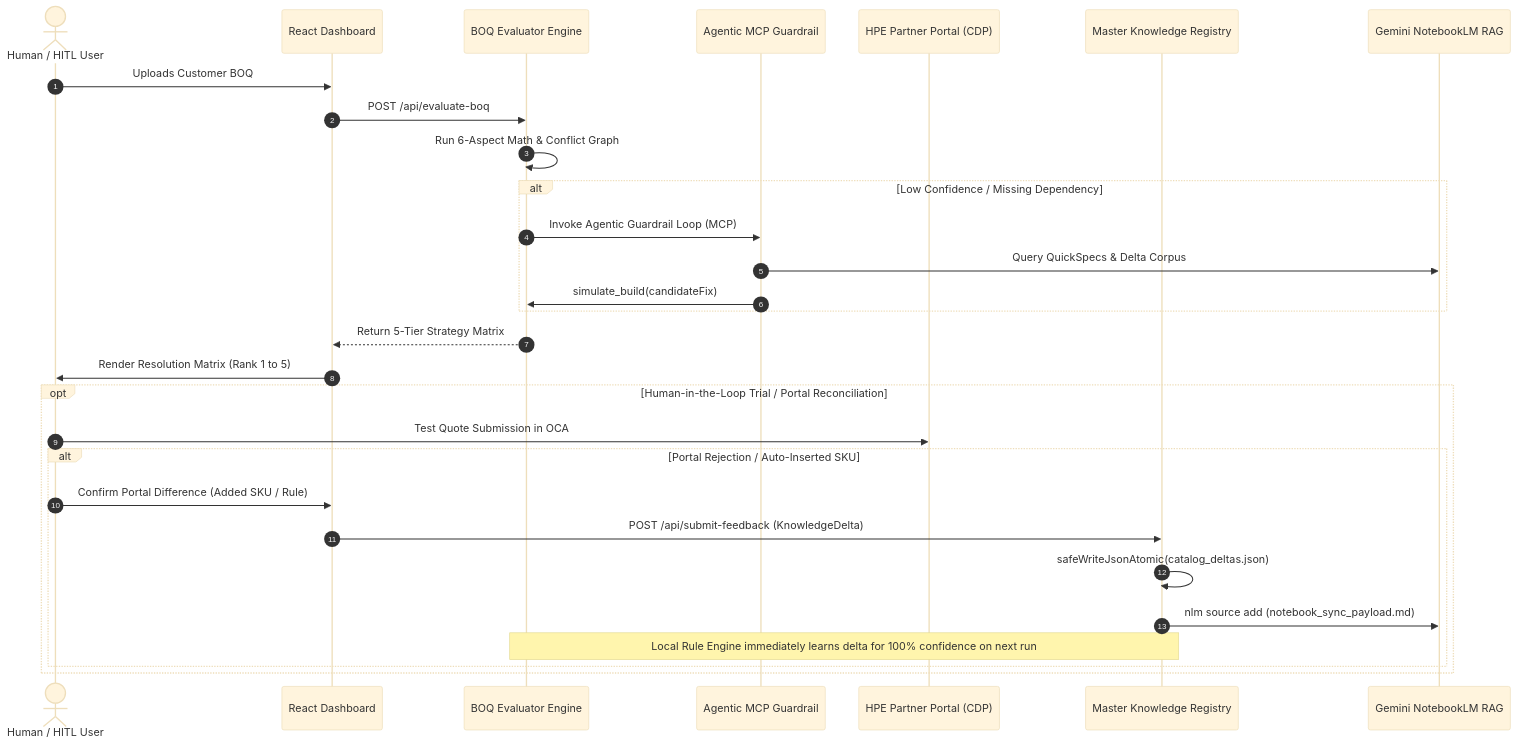
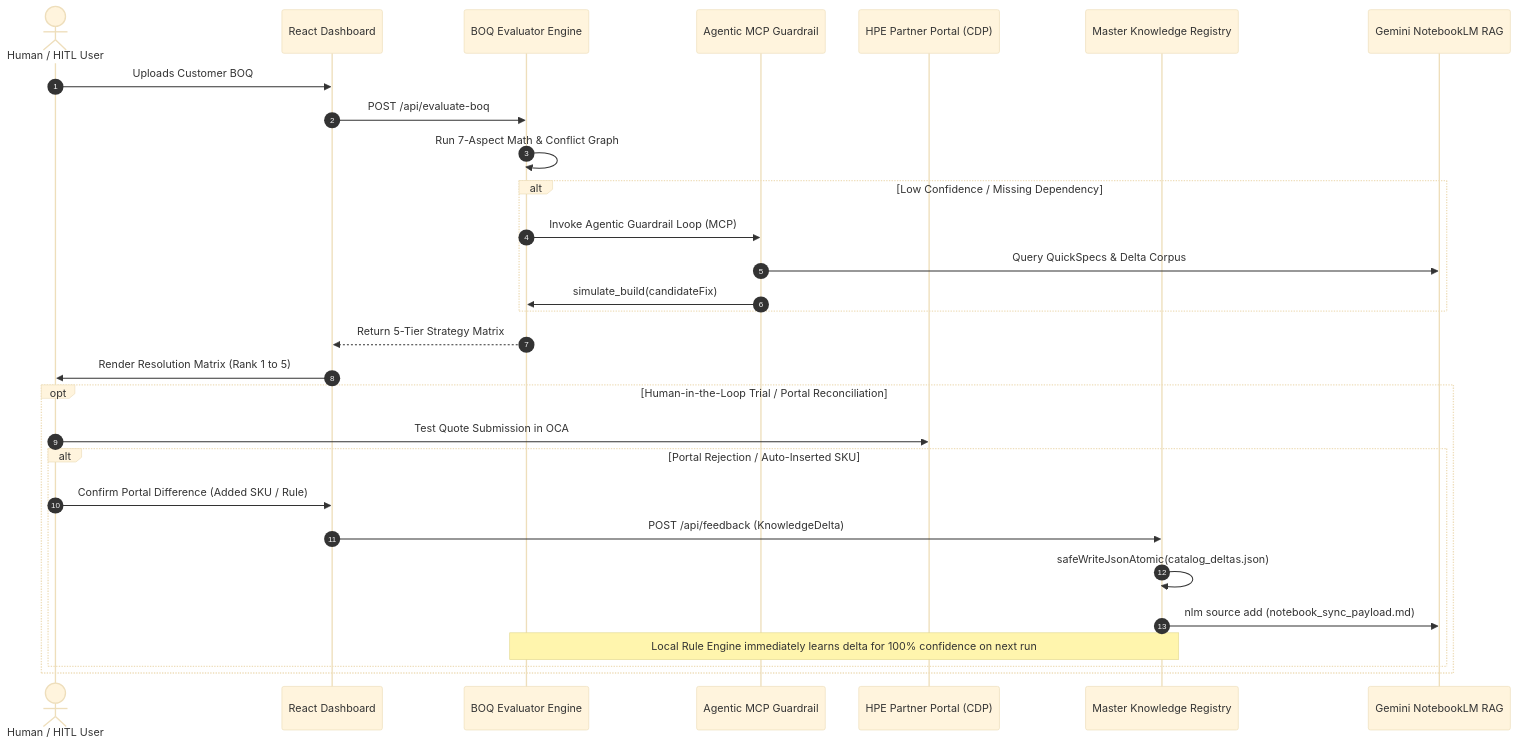
One commit to vinodhsubramanian123/updatedVendorScrapingNotebook-v2 changed the second of 5 diagrams in docs/ARCHITECTURE_AND_DESIGN.md. Above: the diagram before and after it, drawn with Mermaid (base theme). The commit also changed other lines of this file and 66 other files, not shown here.

````diff
--- a/docs/ARCHITECTURE_AND_DESIGN.md
+++ b/docs/ARCHITECTURE_AND_DESIGN.md
@@ -39,33 +39,33 @@
 ```mermaid
 sequenceDiagram
     autonumber
     actor Customer as Human / HITL User
     participant Dashboard as React Dashboard
     participant Engine as BOQ Evaluator Engine
     participant Guardrail as Agentic MCP Guardrail
     participant Portal as HPE Partner Portal (CDP)
     participant Registry as Master Knowledge Registry
     participant NLM as Gemini NotebookLM RAG
 
     Customer->>Dashboard: Uploads Customer BOQ
     Dashboard->>Engine: POST /api/evaluate-boq
-    Engine->>Engine: Run 6-Aspect Math & Conflict Graph
+    Engine->>Engine: Run 7-Aspect Math & Conflict Graph
     alt Low Confidence / Missing Dependency
         Engine->>Guardrail: Invoke Agentic Guardrail Loop (MCP)
         Guardrail->>NLM: Query QuickSpecs & Delta Corpus
         Guardrail->>Engine: simulate_build(candidateFix)
     end
     Engine-->>Dashboard: Return 5-Tier Strategy Matrix
     Dashboard->>Customer: Render Resolution Matrix (Rank 1 to 5)
 
     opt Human-in-the-Loop Trial / Portal Reconciliation
         Customer->>Portal: Test Quote Submission in OCA
         alt Portal Rejection / Auto-Inserted SKU
             Customer->>Dashboard: Confirm Portal Difference (Added SKU / Rule)
-            Dashboard->>Registry: POST /api/submit-feedback (KnowledgeDelta)
+            Dashboard->>Registry: POST /api/feedback (KnowledgeDelta)
             Registry->>Registry: safeWriteJsonAtomic(catalog_deltas.json)
             Registry->>NLM: nlm source add (notebook_sync_payload.md)
             Note over Engine,Registry: Local Rule Engine immediately learns delta for 100% confidence on next run
         end
     end
 ```
````
